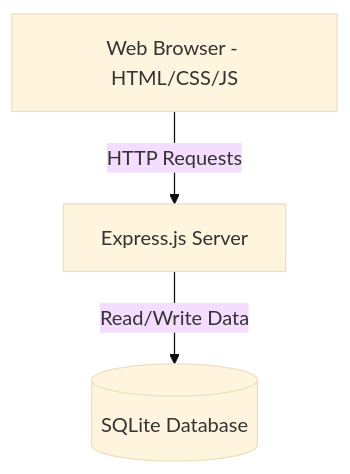
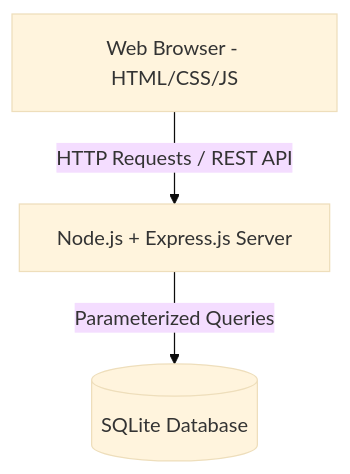
One commit to DHE25030064/MIT107-Property-Management-Tracker- changed the diagram in README.md. Above: the diagram before and after it, drawn with Mermaid (base theme). The commit also changed other lines of this file and 3 other files, not shown here.

````diff
--- a/README.md
+++ b/README.md
@@ -20,5 +50,5 @@
 ```mermaid
 graph TD
-    Client[Web Browser - HTML/CSS/JS] -->|HTTP Requests| Server[Express.js Server]
-    Server -->|Read/Write Data| DB[(SQLite Database)]
+    Client[Web Browser - HTML/CSS/JS] -->|HTTP Requests / REST API| Server[Node.js + Express.js Server]
+    Server -->|Parameterized Queries| DB[(SQLite Database)]
 ```
````
